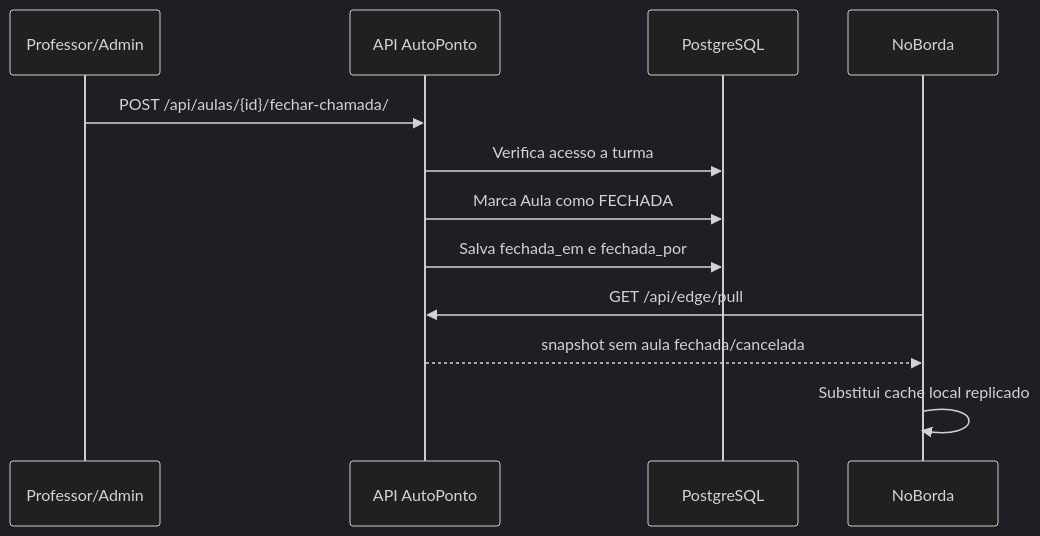
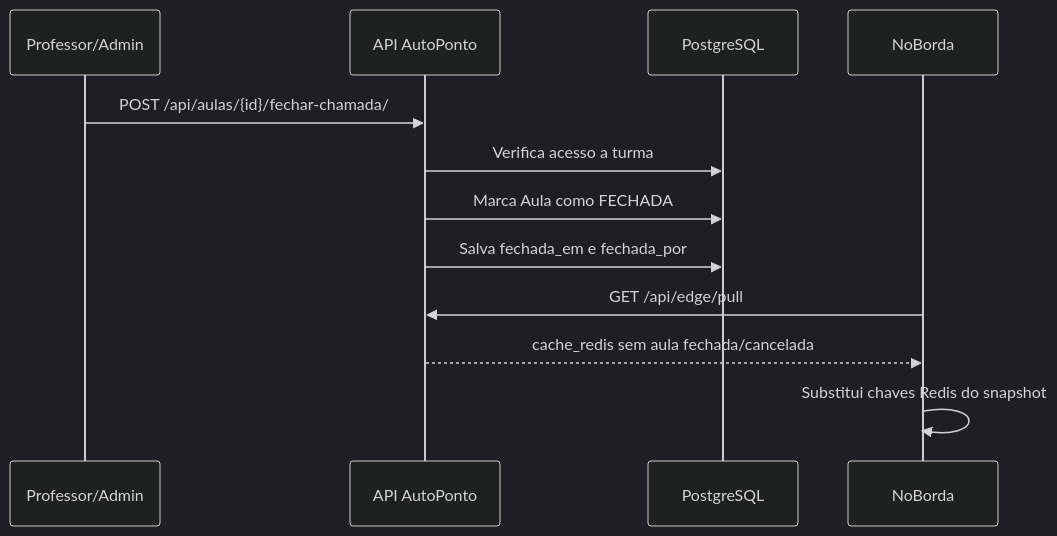
The seventh of 10 diagrams in autoponto-backend/docs/diagramas-tcc.md (DanielKGM/autoponto), drawn with Mermaid (dark theme) before and after one commit. The commit also changed other lines of this file and 7 other files, not shown here.

Commit message:
refactor: Remove edge serializers and update synchronization logic to use Redis cache for authoritative snapshots

````diff
--- a/autoponto-backend/docs/diagramas-tcc.md
+++ b/autoponto-backend/docs/diagramas-tcc.md
@@ -149,15 +149,15 @@
 ```mermaid
 sequenceDiagram
     participant Professor as Professor/Admin
     participant API as API AutoPonto
     participant DB as PostgreSQL
     participant Edge as NoBorda
 
     Professor->>API: POST /api/aulas/{id}/fechar-chamada/
     API->>DB: Verifica acesso a turma
     API->>DB: Marca Aula como FECHADA
     API->>DB: Salva fechada_em e fechada_por
     Edge->>API: GET /api/edge/pull
-    API-->>Edge: snapshot sem aula fechada/cancelada
-    Edge->>Edge: Substitui cache local replicado
+    API-->>Edge: cache_redis sem aula fechada/cancelada
+    Edge->>Edge: Substitui chaves Redis do snapshot
 ```
````
